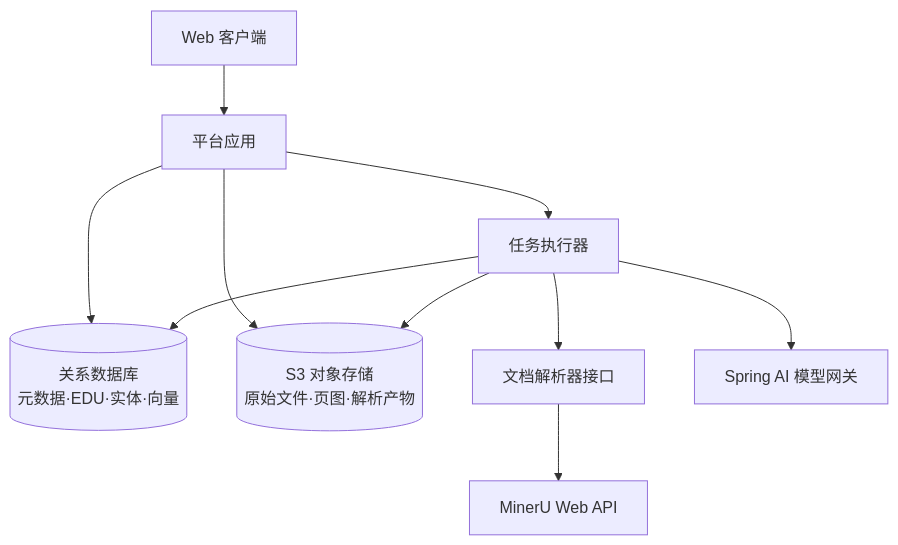
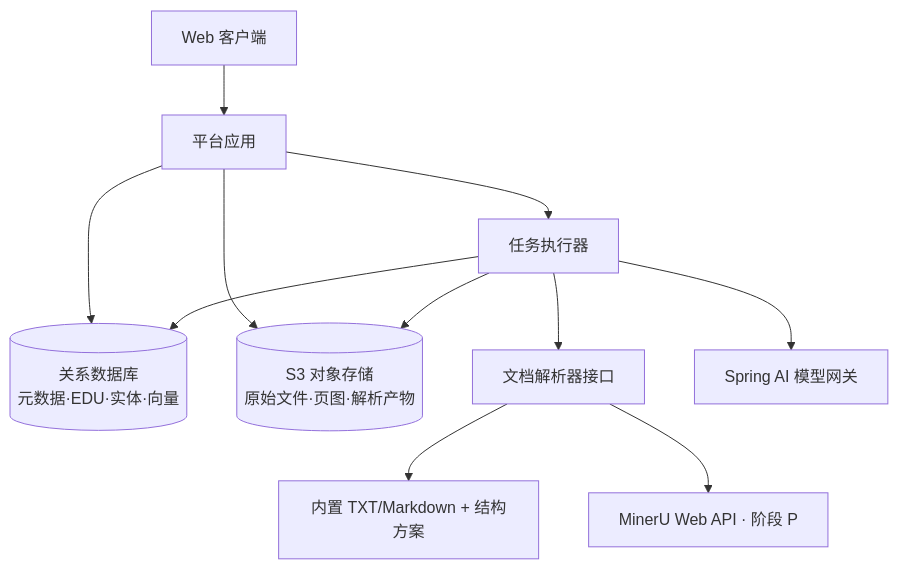
One commit to muzhix/suzhi changed the fourth of 5 diagrams in blueprint.md. Above: the diagram before and after it, drawn with Mermaid. The commit also changed other lines of this file and 7 other files, not shown here.

````diff
--- a/blueprint.md
+++ b/blueprint.md
@@ -1563,12 +1564,13 @@
 ```mermaid
 flowchart TB
     UI[Web 客户端] --> API[平台应用]
     API --> DB[(关系数据库<br/>元数据·EDU·实体·向量)]
     API --> FS[(S3 对象存储<br/>原始文件·页图·解析产物)]
     API --> JOB[任务执行器]
     JOB --> PARSER[文档解析器接口]
-    PARSER --> MINERU[MinerU Web API]
+    PARSER --> TEXT[内置 TXT/Markdown + 结构方案]
+    PARSER --> MINERU[MinerU Web API · 阶段 P]
     JOB --> LLM[Spring AI 模型网关]
     JOB --> DB
     JOB --> FS
 ```
````
